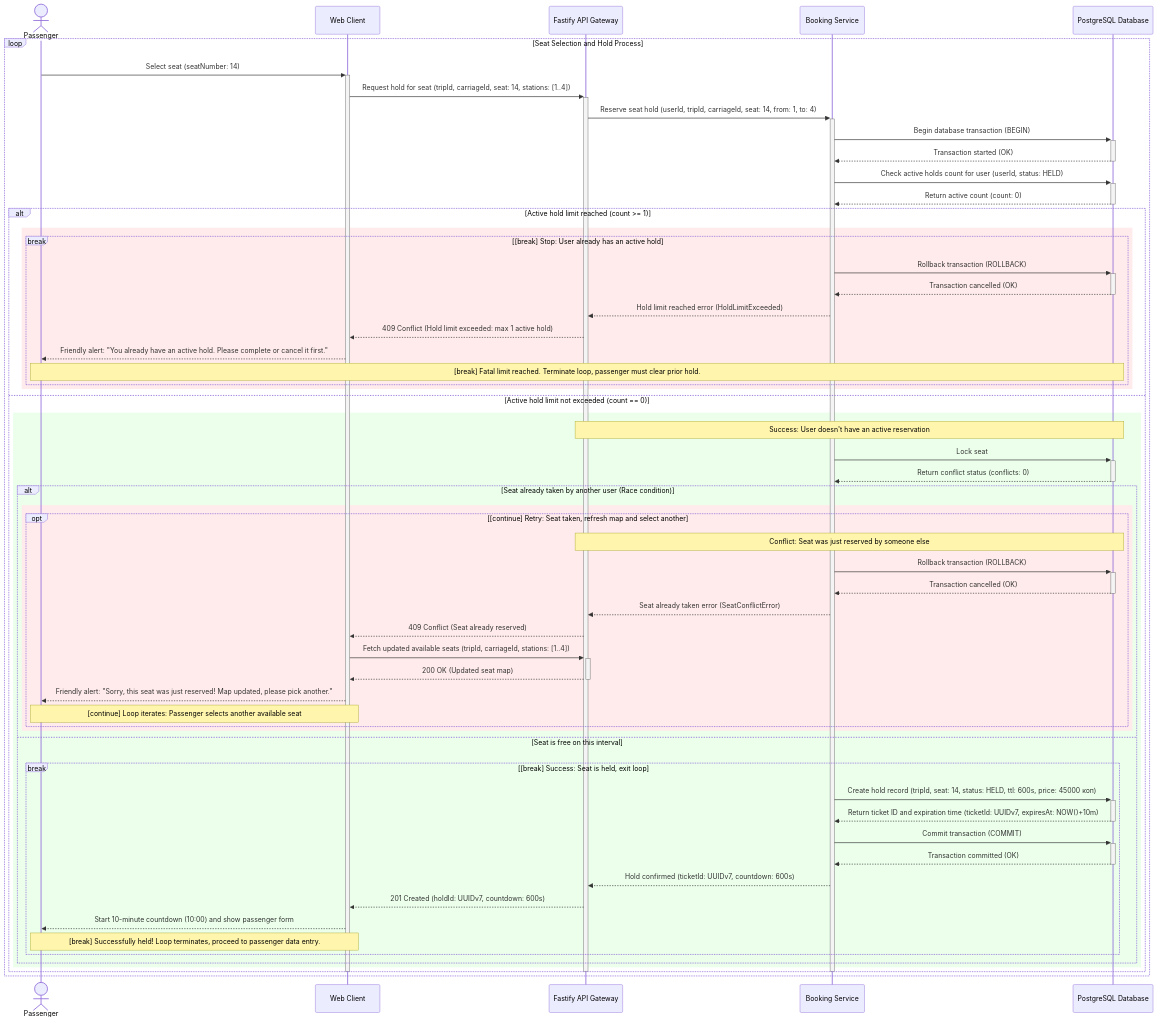
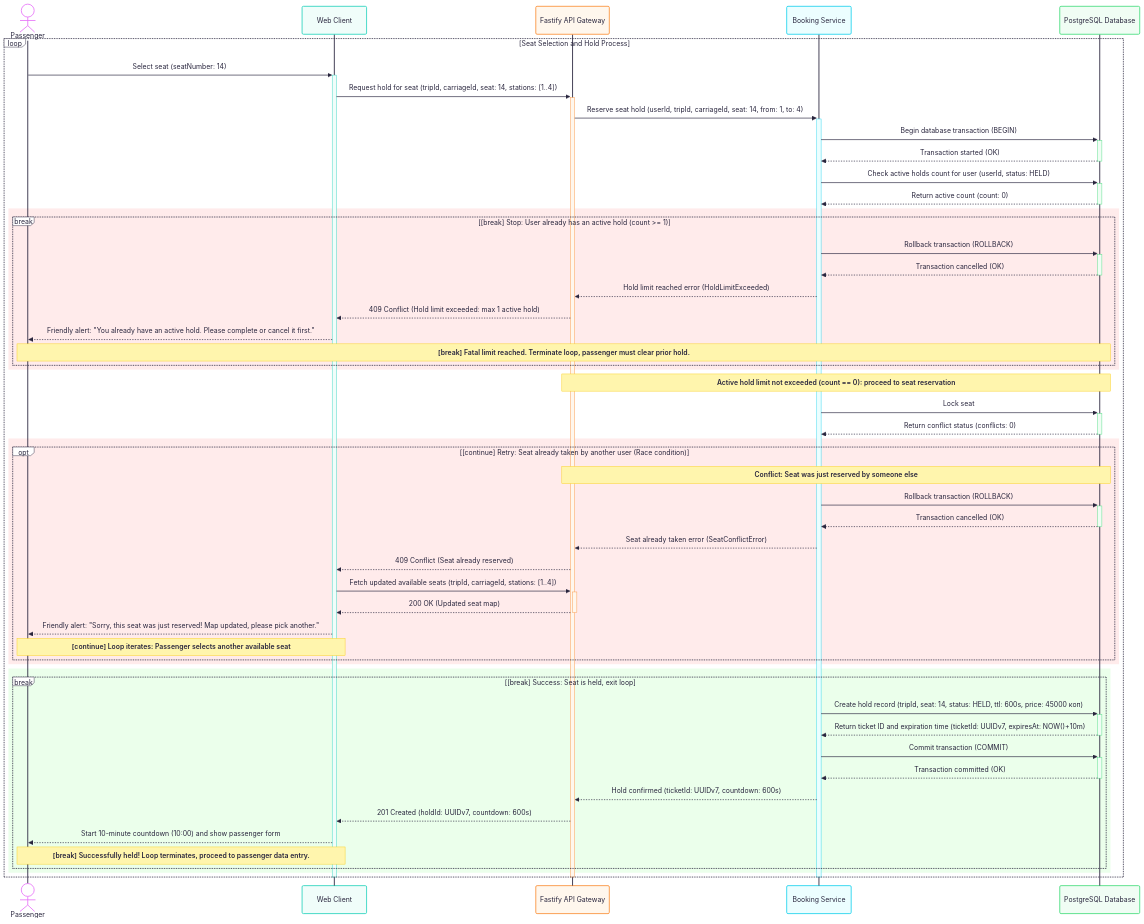
The diagram in docs/lab3/diagrams/model_2.mmd (gun-flud/EasyRail-API), drawn with Mermaid before and after one commit. The commit also changed 6 other files, not shown here.

Commit message:
fix(lab3): fixed complexity problems in sequence diagrams 1 and 2

```diff
--- a/docs/lab3/diagrams/model_2.mmd
+++ b/docs/lab3/diagrams/model_2.mmd
@@ -1,79 +1,73 @@
 ---
 config:
-  theme: redux-color
+  theme: redux-color
 ---
 sequenceDiagram
-    %% autonumber
-    actor P as Passenger
-    participant UI as Web Client
-    participant API as Fastify API Gateway
-    participant Svc as Booking Service
-    participant DB as PostgreSQL Database
+    %% autonumber
+    actor P as Passenger
+    participant UI as Web Client
+    participant API as Fastify API Gateway
+    participant Svc as Booking Service
+    participant DB as PostgreSQL Database
 
-    %% =============================================================
-    %% UC-05: Seat Hold Reservation (10 min TTL with Selection Loop)
-    %% =============================================================
-    loop Seat Selection and Hold Process
-        P->>+UI: Select seat (seatNumber: 14)
-        UI->>+API: Request hold for seat (tripId, carriageId, seat: 14, stations: [1..4])
-        API->>+Svc: Reserve seat hold (userId, tripId, carriageId, seat: 14, from: 1, to: 4)
+    %% =============================================================
+    %% UC-05: Seat Hold Reservation (10 min TTL with Selection Loop)
+    %% =============================================================
+    loop Seat Selection and Hold Process
+        P->>+UI: Select seat (seatNumber: 14)
+        UI->>+API: Request hold for seat (tripId, carriageId, seat: 14, stations: [1..4])
+        API->>+Svc: Reserve seat hold (userId, tripId, carriageId, seat: 14, from: 1, to: 4)
 
-        Svc->>+DB: Begin database transaction (BEGIN)
-        DB-->>-Svc: Transaction started (OK)
+        Svc->>+DB: Begin database transaction (BEGIN)
+        DB-->>-Svc: Transaction started (OK)
 
-        Svc->>+DB: Check active holds count for user (userId, status: HELD)
-        DB-->>-Svc: Return active count (count: 0)
+        Svc->>+DB: Check active holds count for user (userId, status: HELD)
+        DB-->>-Svc: Return active count (count: 0)
 
-        alt Active hold limit reached (count >= 1)
-            rect rgb(255, 235, 235)
-            break [break] Stop: User already has an active hold
-                Svc->>+DB: Rollback transaction (ROLLBACK)
-                DB-->>-Svc: Transaction cancelled (OK)
-                Svc-->>API: Hold limit reached error (HoldLimitExceeded)
-                API-->>UI: 409 Conflict (Hold limit exceeded: max 1 active hold)
-                UI-->>P: Friendly alert: "You already have an active hold. Please complete or cancel it first."
-                Note over P, DB: [break] Fatal limit reached. Terminate loop, passenger must clear prior hold.
-            end
-            end
-        else Active hold limit not exceeded (count == 0)
-            rect rgb(235, 255, 235)
-            Note over API, DB: Success: User doesn't have an active reservation
-            Svc->>+DB: Lock seat #14 and check station overlap (seat: 14, max(from) < min(to), SKIP LOCKED)
-            DB-->>-Svc: Return conflict status (conflicts: 0)
+        rect rgb(255, 235, 235)
+        break [break] Stop: User already has an active hold (count >= 1)
+            Svc->>+DB: Rollback transaction (ROLLBACK)
+            DB-->>-Svc: Transaction cancelled (OK)
+            Svc-->>API: Hold limit reached error (HoldLimitExceeded)
+            API-->>UI: 409 Conflict (Hold limit exceeded: max 1 active hold)
+            UI-->>P: Friendly alert: "You already have an active hold. Please complete or cancel it first."
+            Note over P, DB: [break] Fatal limit reached. Terminate loop, passenger must clear prior hold.
+        end
+        end
 
-            alt Seat already taken by another user (Race condition)
-                rect rgb(255, 235, 235)
-                opt [continue] Retry: Seat taken, refresh map and select another
-                    Note over API, DB: Conflict: Seat was just reserved by someone else
-                    Svc->>+DB: Rollback transaction (ROLLBACK)
-                    DB-->>-Svc: Transaction cancelled (OK)
-                    Svc-->>API: Seat already taken error (SeatConflictError)
-                    API-->>UI: 409 Conflict (Seat already reserved)
-                    UI->>+API: Fetch updated available seats (tripId, carriageId, stations: [1..4])
-                    API-->>-UI: 200 OK (Updated seat map)
-                    UI-->>P: Friendly alert: "Sorry, this seat was just reserved! Map updated, please pick another."
-                    Note over P, UI: [continue] Loop iterates: Passenger selects another available seat
-                end
-                end
-            else Seat is free on this interval
-                rect rgb(235, 255, 235)
-                break [break] Success: Seat is held, exit loop
-                    Svc->>+DB: Create hold record (tripId, seat: 14, status: HELD, ttl: 600s, price: 45000 коп)
-                    DB-->>-Svc: Return ticket ID and expiration time (ticketId: UUIDv7, expiresAt: NOW()+10m)
-                    Svc->>+DB: Commit transaction (COMMIT)
-                    DB-->>-Svc: Transaction committed (OK)
+        Note over API, DB: Active hold limit not exceeded (count == 0): proceed to seat reservation
+        Svc->>+DB: Lock seat #14 and check station overlap (seat: 14, max(from) < min(to), SKIP LOCKED)
+        DB-->>-Svc: Return conflict status (conflicts: 0)
 
-                    Svc-->>API: Hold confirmed (ticketId: UUIDv7, countdown: 600s)
-                    API-->>UI: 201 Created (holdId: UUIDv7, countdown: 600s)
-                    UI-->>P: Start 10-minute countdown (10:00) and show passenger form
-                    Note over P, UI: [break] Successfully held! Loop terminates, proceed to passenger data entry.
-                end
-                end
-            end
-            end
-        end
+        rect rgb(255, 235, 235)
+        opt [continue] Retry: Seat already taken by another user (Race condition)
+            Note over API, DB: Conflict: Seat was just reserved by someone else
+            Svc->>+DB: Rollback transaction (ROLLBACK)
+            DB-->>-Svc: Transaction cancelled (OK)
+            Svc-->>API: Seat already taken error (SeatConflictError)
+            API-->>UI: 409 Conflict (Seat already reserved)
+            UI->>+API: Fetch updated available seats (tripId, carriageId, stations: [1..4])
+            API-->>-UI: 200 OK (Updated seat map)
+            UI-->>P: Friendly alert: "Sorry, this seat was just reserved! Map updated, please pick another."
+            Note over P, UI: [continue] Loop iterates: Passenger selects another available seat
+        end
+        end
 
-        deactivate Svc
-        deactivate API
-        deactivate UI
-    end
+        rect rgb(235, 255, 235)
+        break [break] Success: Seat is held, exit loop
+            Svc->>+DB: Create hold record (tripId, seat: 14, status: HELD, ttl: 600s, price: 45000 коп)
+            DB-->>-Svc: Return ticket ID and expiration time (ticketId: UUIDv7, expiresAt: NOW()+10m)
+            Svc->>+DB: Commit transaction (COMMIT)
+            DB-->>-Svc: Transaction committed (OK)
+
+            Svc-->>API: Hold confirmed (ticketId: UUIDv7, countdown: 600s)
+            API-->>UI: 201 Created (holdId: UUIDv7, countdown: 600s)
+            UI-->>P: Start 10-minute countdown (10:00) and show passenger form
+            Note over P, UI: [break] Successfully held! Loop terminates, proceed to passenger data entry.
+        end
+        end
+    end
+
+    deactivate Svc
+    deactivate API
+    deactivate UI
```
